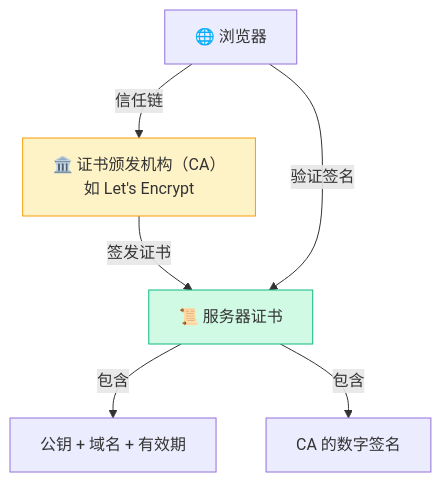
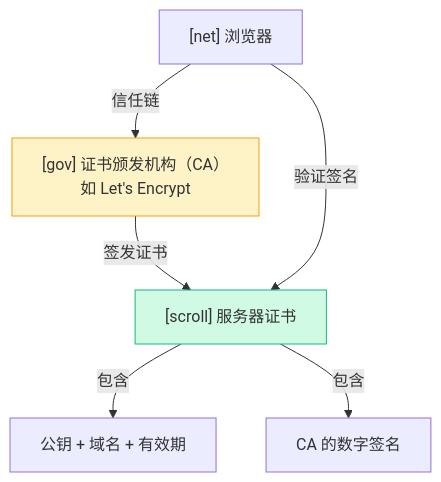
One commit to SKT-Shurima/NetworkMastery changed the fourth of 4 diagrams in docs/guide/attacks/encryption.md. Above: the diagram before and after it, drawn with Mermaid. The commit also changed other lines of this file and 54 other files, not shown here.

````diff
--- a/docs/guide/attacks/encryption.md
+++ b/docs/guide/attacks/encryption.md
@@ -124,13 +124,13 @@
 ```mermaid
 graph TD
-    CA["🏛️ 证书颁发机构（CA）<br/>如 Let's Encrypt"]
-    CA -->|"签发证书"| Cert["📜 服务器证书"]
+    CA["[gov] 证书颁发机构（CA）<br/>如 Let's Encrypt"]
+    CA -->|"签发证书"| Cert["[scroll] 服务器证书"]
     Cert -->|"包含"| PK["公钥 + 域名 + 有效期"]
     Cert -->|"包含"| Sig["CA 的数字签名"]
     
-    Browser["🌐 浏览器"] -->|"验证签名"| Cert
+    Browser["[net] 浏览器"] -->|"验证签名"| Cert
     Browser -->|"信任链"| CA
     
     style CA fill:#fef3c7,stroke:#f59e0b
     style Cert fill:#d1fae5,stroke:#10b981
 ```
````
